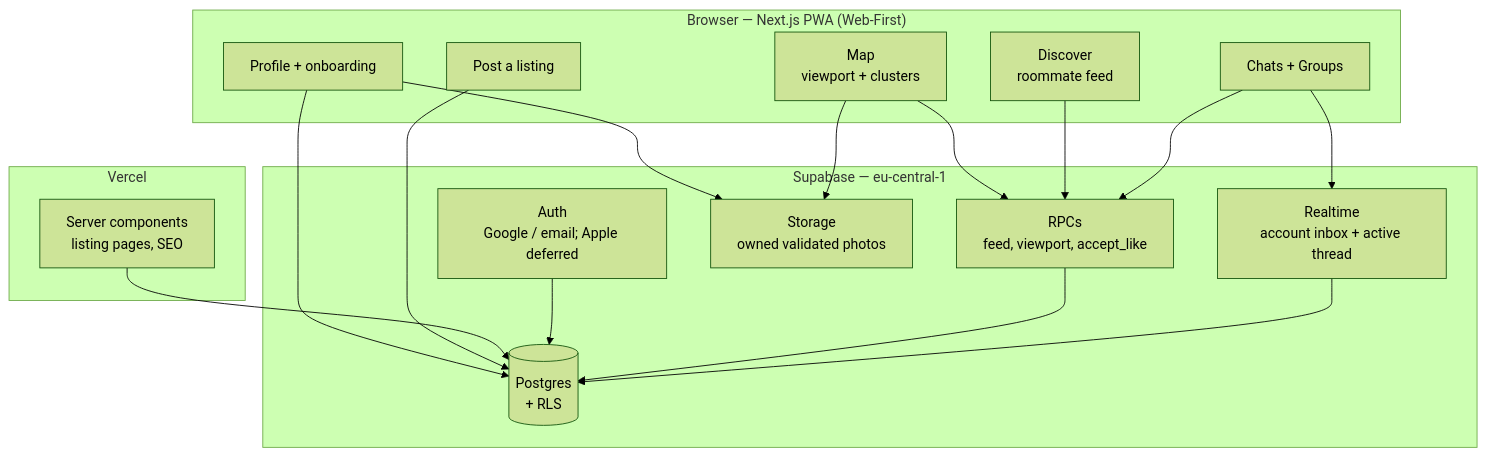
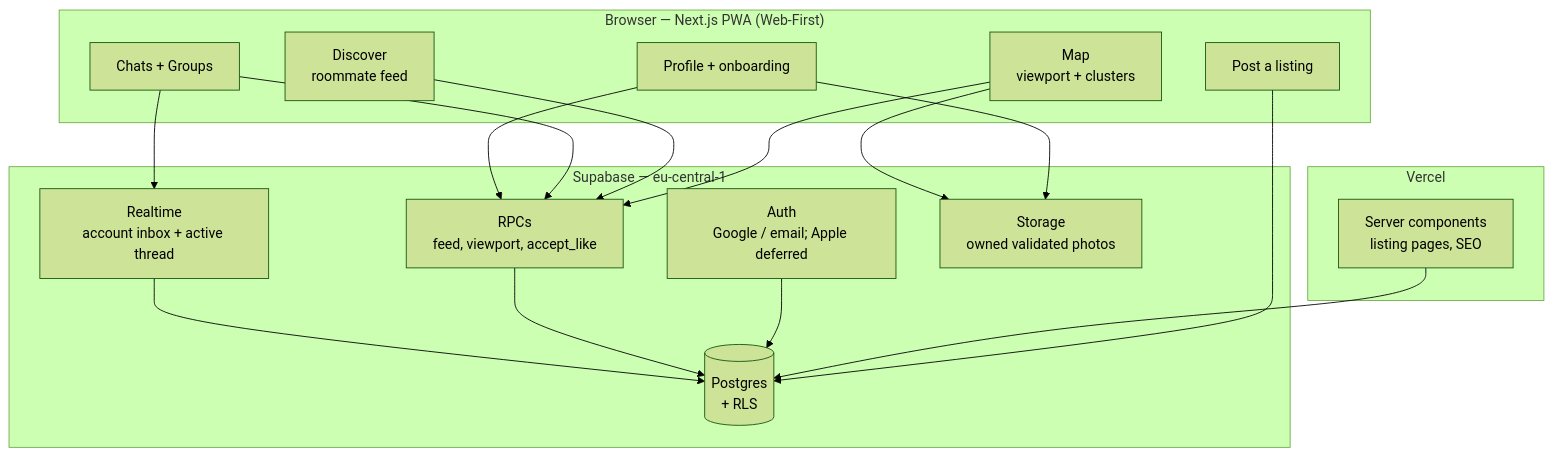
Before and after one commit to lironrubin100/appartement-tinder: the diagram in ARCHITECTURE.md, drawn with Mermaid (forest theme). The commit also changed other lines of this file and 13 other files, not shown here.

````diff
--- a/ARCHITECTURE.md
+++ b/ARCHITECTURE.md
@@ -11,35 +11,35 @@
 ```mermaid
 graph TB
     subgraph client["Browser — Next.js PWA (Web-First)"]
         Map["Map<br/>viewport + clusters"]
         Disc["Discover<br/>roommate feed"]
         Chat["Chats + Groups"]
         Prof["Profile + onboarding"]
         Post["Post a listing"]
     end
 
     subgraph edge["Vercel"]
         SSR["Server components<br/>listing pages, SEO"]
     end
 
     subgraph supa["Supabase — eu-central-1"]
         Auth["Auth<br/>Google / email; Apple deferred"]
         RPC["RPCs<br/>feed, viewport, accept_like"]
         DB[("Postgres<br/>+ RLS")]
         RT["Realtime<br/>account inbox + active thread"]
         Store["Storage<br/>owned validated photos"]
     end
 
     Map --> RPC
     Disc --> RPC
     Chat --> RT
     Chat --> RPC
-    Prof --> DB
+    Prof --> RPC
     Post --> DB
     SSR --> DB
     Auth --> DB
     RPC --> DB
     RT --> DB
     Prof --> Store
     Map --> Store
 ```
````
